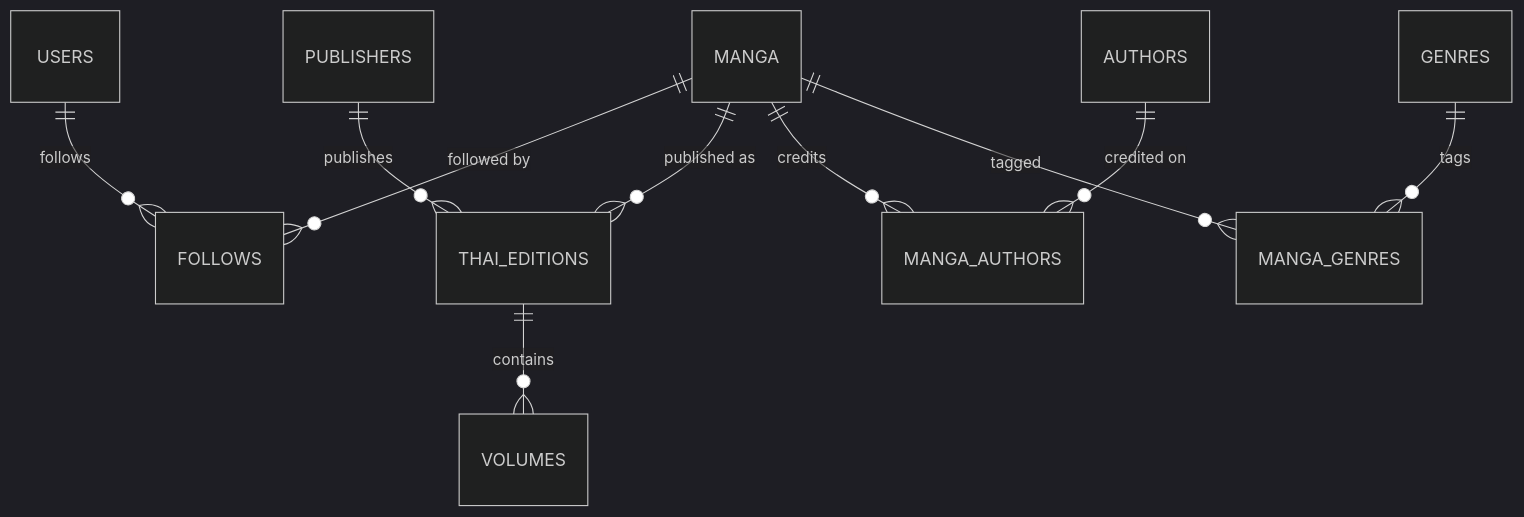
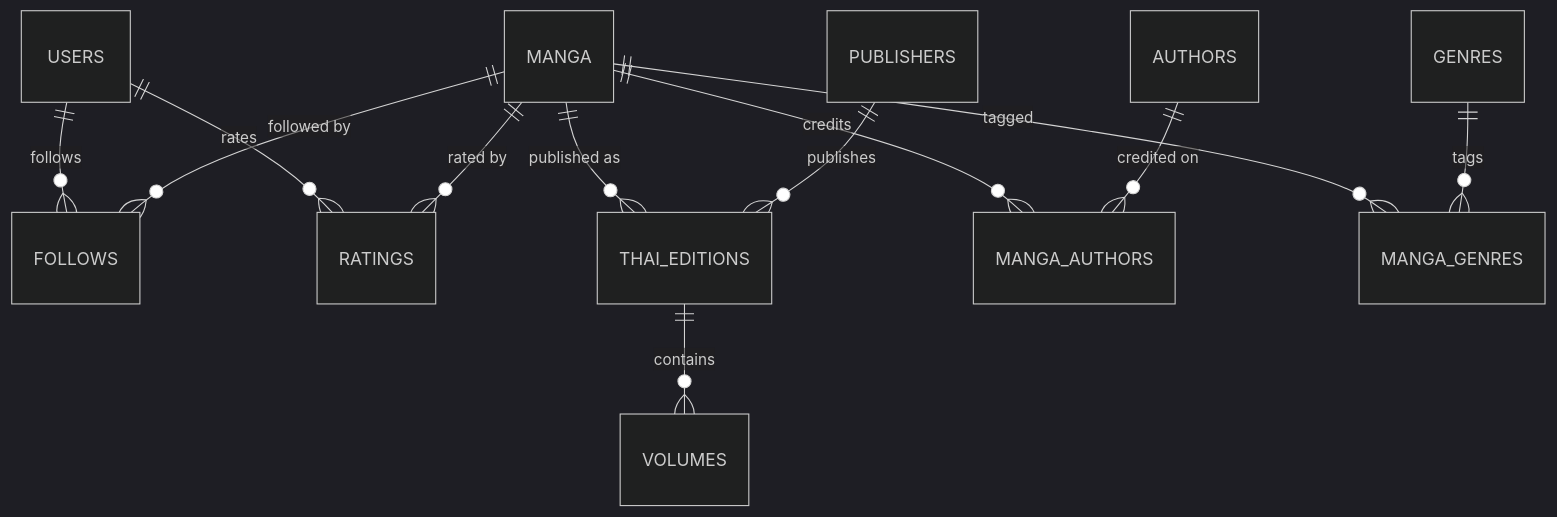
Before and after one commit to JusAeng/manga-tracker-api-go: the diagram in docs/postgres-schema.md, drawn with Mermaid (dark theme). The commit also changed other lines of this file and 7 other files, not shown here.

Commit message:
feat: Implement manga rating system with CRUD operations and update schema

````diff
--- a/docs/postgres-schema.md
+++ b/docs/postgres-schema.md
@@ -30,12 +30,14 @@
 ```mermaid
 erDiagram
     USERS ||--o{ FOLLOWS : follows
     MANGA ||--o{ FOLLOWS : "followed by"
+    USERS ||--o{ RATINGS : rates
+    MANGA ||--o{ RATINGS : "rated by"
     MANGA ||--o{ THAI_EDITIONS : "published as"
     PUBLISHERS ||--o{ THAI_EDITIONS : publishes
     THAI_EDITIONS ||--o{ VOLUMES : contains
     MANGA ||--o{ MANGA_AUTHORS : credits
     AUTHORS ||--o{ MANGA_AUTHORS : "credited on"
     MANGA ||--o{ MANGA_GENRES : tagged
     GENRES ||--o{ MANGA_GENRES : tags
 ```
````
